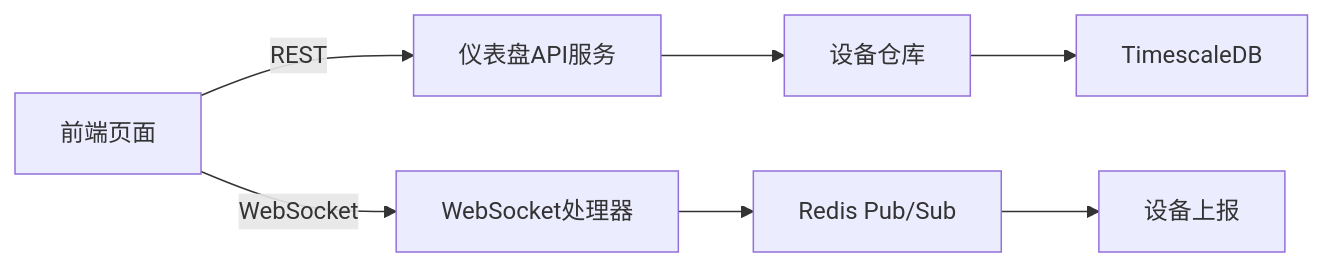
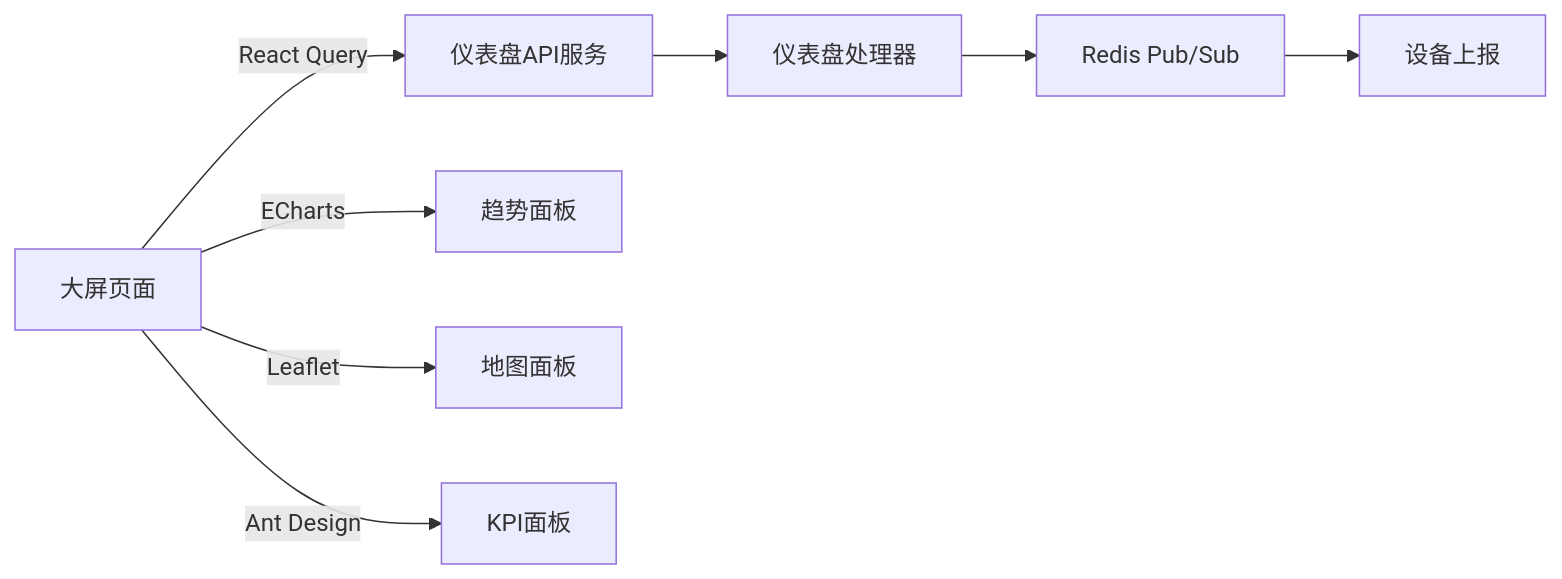
Before and after one commit to mcmrzy/cs_inv_monitor-develop: the fifth of 5 diagrams in .qoder/repowiki/zh/content/移动端应用/仪表盘模块.md, drawn with Mermaid. The commit also changed other lines of this file and 28 other files, not shown here.

````diff
--- a/.qoder/repowiki/zh/content/移动端应用/仪表盘模块.md
+++ b/.qoder/repowiki/zh/content/移动端应用/仪表盘模块.md
@@ -246,9 +313,10 @@
 ```mermaid
 graph LR
-FE["前端页面"] --> |REST| API["仪表盘API服务"]
-FE --> |WebSocket| WS["WebSocket处理器"]
-API --> Repo["设备仓库"]
-Repo --> DB["TimescaleDB"]
-WS --> Redis["Redis Pub/Sub"]
+BigScreen["大屏页面"] --> |React Query| DashboardAPI["仪表盘API服务"]
+BigScreen --> |ECharts| TrendPanel["趋势面板"]
+BigScreen --> |Leaflet| MapPanel["地图面板"]
+BigScreen --> |Ant Design| KPIPanel["KPI面板"]
+DashboardAPI --> DashboardHandler["仪表盘处理器"]
+DashboardHandler --> Redis["Redis Pub/Sub"]
 Redis --> Devices["设备上报"]
 ```
````
